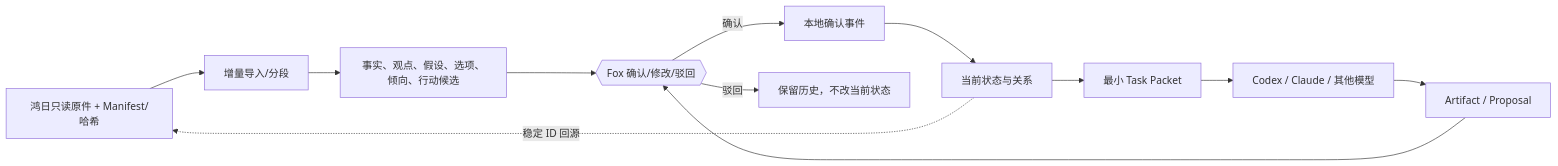
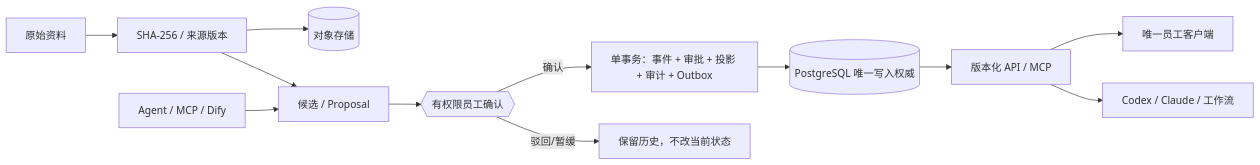
Before and after one commit to xingranya/fox: the sixth of 6 diagrams in docs/plan/dependency-graph.md, drawn with Mermaid. The commit also changed other lines of this file and 35 other files, not shown here.

````diff
--- a/docs/plan/dependency-graph.md
+++ b/docs/plan/dependency-graph.md
@@ -182,18 +137,13 @@
 ```mermaid
 flowchart LR
-    RAW["鸿日只读原件 + Manifest/哈希"]
-    INGEST["增量导入/分段"]
-    CANDIDATE["事实、观点、假设、选项、倾向、行动候选"]
-    REVIEW{{"Fox 确认/修改/驳回"}}
-    EVENT["本地确认事件"]
-    STATE["当前状态与关系"]
-    PACKET["最小 Task Packet"]
-    MODEL["Codex / Claude / 其他模型"]
-    OUTPUT["Artifact / Proposal"]
-
-    RAW --> INGEST --> CANDIDATE --> REVIEW
-    REVIEW -->|"确认"| EVENT --> STATE --> PACKET --> MODEL --> OUTPUT
-    OUTPUT --> REVIEW
-    REVIEW -->|"驳回"| HISTORY["保留历史，不改当前状态"]
-    STATE -. "稳定 ID 回源" .-> RAW
+    RAW["原始资料"] --> HASH["SHA-256 / 来源版本"] --> OBJ[("对象存储")]
+    HASH --> PROPOSAL["候选 / Proposal"]
+    AI["Agent / MCP / Dify"] --> PROPOSAL
+    PROPOSAL --> REVIEW{{"有权限员工确认"}}
+    REVIEW -->|"确认"| TX["单事务：事件 + 审批 + 投影 + 审计 + Outbox"]
+    TX --> PG[("PostgreSQL 唯一写入权威")]
+    REVIEW -->|"驳回/暂缓"| HISTORY["保留历史，不改当前状态"]
+    PG --> API["版本化 API / MCP"]
+    API --> DESKTOP["唯一员工客户端"]
+    API --> AGENTS["Codex / Claude / 工作流"]
 ```
````
